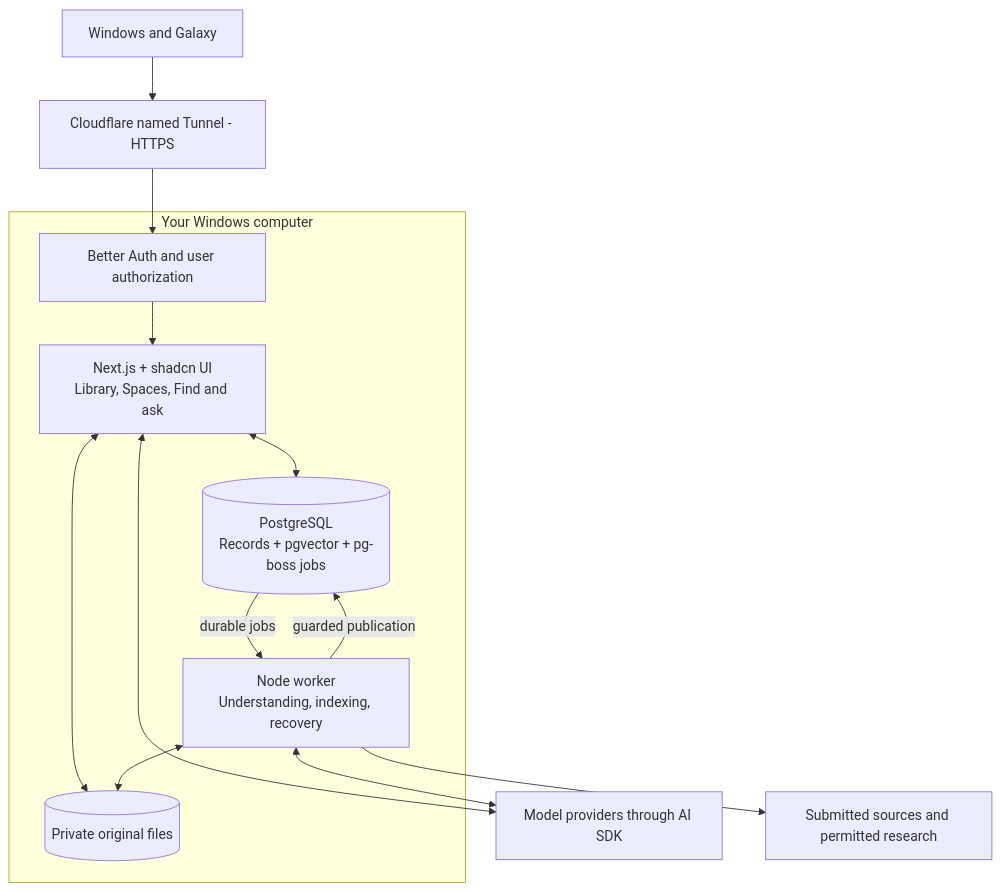
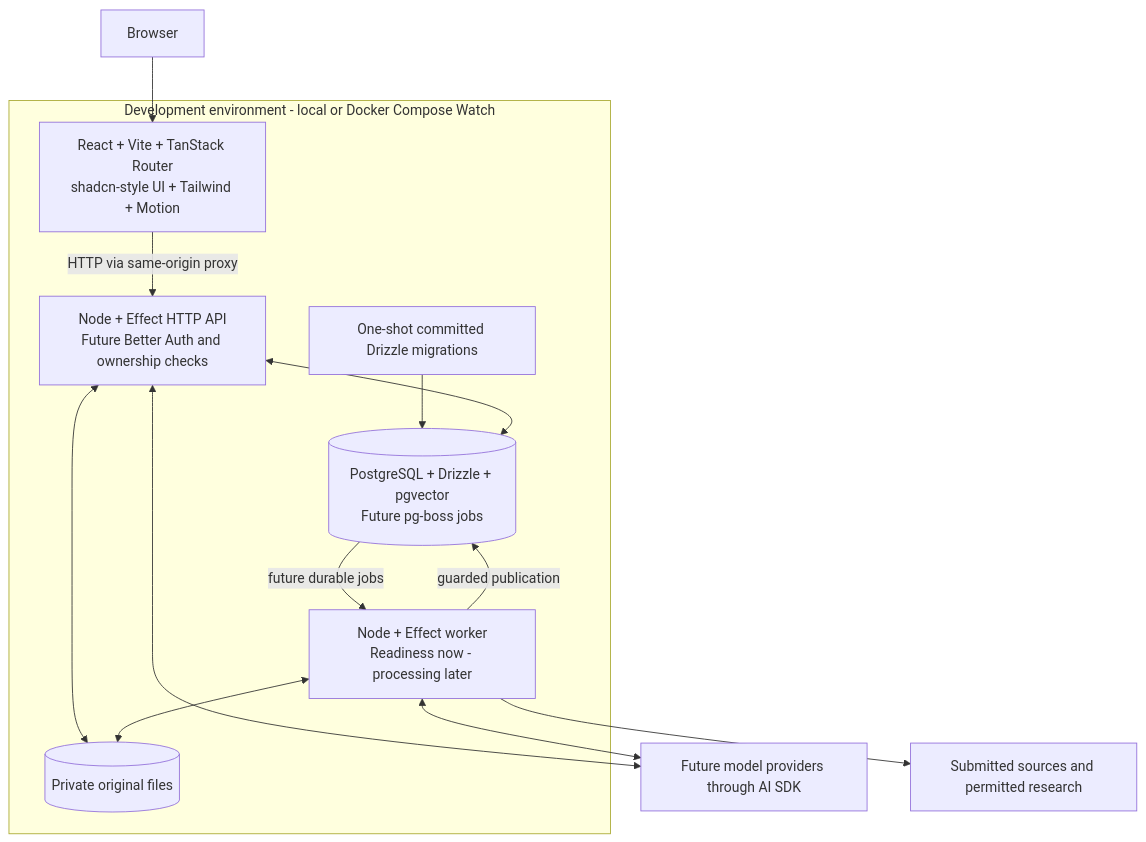
The diagram in docs/architecture.md (Finz24/Sprout), drawn with Mermaid before and after one commit. The commit also changed other lines of this file and 81 other files, not shown here.

First line of the commit message:
chore: initialize Effect development foundation (#33)

````diff
--- a/docs/architecture.md
+++ b/docs/architecture.md
@@ -5,21 +5,21 @@
 ```mermaid
 flowchart TB
-  U[Windows and Galaxy] --> T[Cloudflare named Tunnel - HTTPS]
-  subgraph PC[Your Windows computer]
-    A[Better Auth and user authorization]
-    W[Next.js + shadcn UI\nLibrary, Spaces, Find and ask]
-    D[(PostgreSQL\nRecords + pgvector + pg-boss jobs)]
+  U[Browser] --> W[React + Vite + TanStack Router\nshadcn-style UI + Tailwind + Motion]
+  subgraph PC[Development environment - local or Docker Compose Watch]
+    A[Node + Effect HTTP API\nFuture Better Auth and ownership checks]
+    D[(PostgreSQL + Drizzle + pgvector\nFuture pg-boss jobs)]
     F[(Private original files)]
-    K[Node worker\nUnderstanding, indexing, recovery]
-    A --> W
-    W <--> D
-    W <--> F
-    D -->|durable jobs| K
+    K[Node + Effect worker\nReadiness now - processing later]
+    M[One-shot committed Drizzle migrations]
+    W -->|HTTP via same-origin proxy| A
+    M --> D
+    A <--> D
+    A <--> F
+    D -->|future durable jobs| K
     K -->|guarded publication| D
     K <--> F
   end
-  T --> A
-  W <--> AI[Model providers through AI SDK]
+  A <--> AI[Future model providers through AI SDK]
   K <--> AI
   K --> S[Submitted sources and permitted research]
 ```
````
